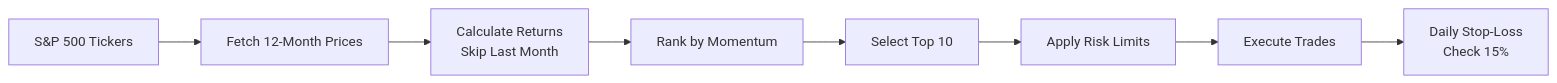
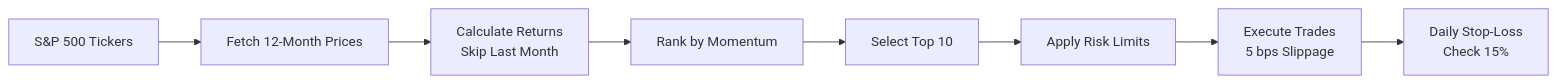
Before and after one commit to PAT0216/paper-trader: the first of 2 diagrams in README.md, drawn with Mermaid. The commit also changed other lines of this file, not shown here.

First line of the commit message:
docs: Update README with modular architecture, transaction costs, current metrics

````diff
--- a/README.md
+++ b/README.md
@@ -85,10 +117,10 @@
 ```mermaid
 flowchart LR
     A[S&P 500 Tickers] --> B[Fetch 12-Month Prices]
     B --> C[Calculate Returns<br/>Skip Last Month]
     C --> D[Rank by Momentum]
     D --> E[Select Top 10]
     E --> F[Apply Risk Limits]
-    F --> G[Execute Trades]
+    F --> G[Execute Trades<br/>5 bps Slippage]
     G --> H[Daily Stop-Loss<br/>Check 15%]
 ```
````
